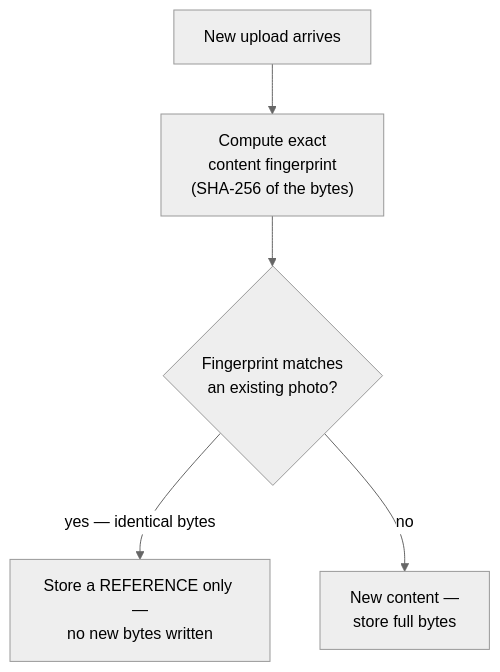
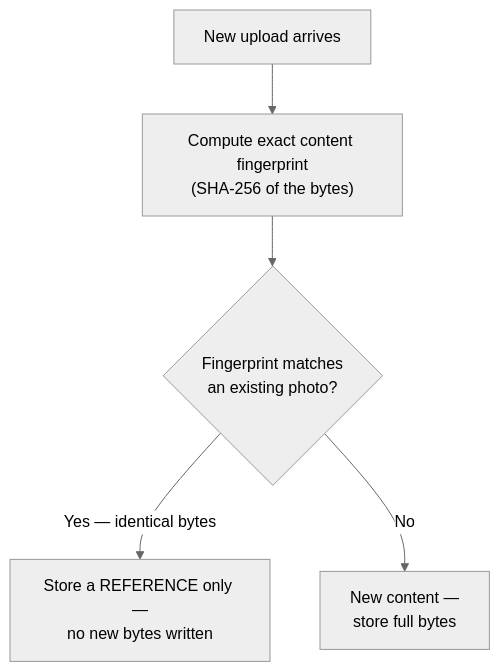
One commit to riyaz-pasha/Learnings changed the third of 12 diagrams in system-design/HLD/0-course/58-Design-Google-Photos-FAANG-Guide-story.md. Above: the diagram before and after it, drawn with Mermaid (neutral theme). The commit also changed other lines of this file and 1 other file, not shown here.

Commit message:
[REWRITE] Google Photos story guide: simplify prose, add structure, fix diagrams

````diff
--- a/system-design/HLD/0-course/58-Design-Google-Photos-FAANG-Guide-story.md
+++ b/system-design/HLD/0-course/58-Design-Google-Photos-FAANG-Guide-story.md
@@ -141,7 +215,7 @@
 ```mermaid
 flowchart TD
-    A["New upload arrives"] --> B["Compute exact\ncontent fingerprint\n(SHA-256 of the bytes)"]
-    B --> C{"Fingerprint matches\nan existing photo?"}
-    C -->|"yes — identical bytes"| D["Store a REFERENCE only —\nno new bytes written"]
-    C -->|"no"| E["New content —\nstore full bytes"]
+    A["New upload arrives"] --> B["Compute exact content fingerprint<br/>(SHA-256 of the bytes)"]
+    B --> C{"Fingerprint matches<br/>an existing photo?"}
+    C -->|"Yes — identical bytes"| D["Store a REFERENCE only —<br/>no new bytes written"]
+    C -->|"No"| E["New content —<br/>store full bytes"]
 ```
````
